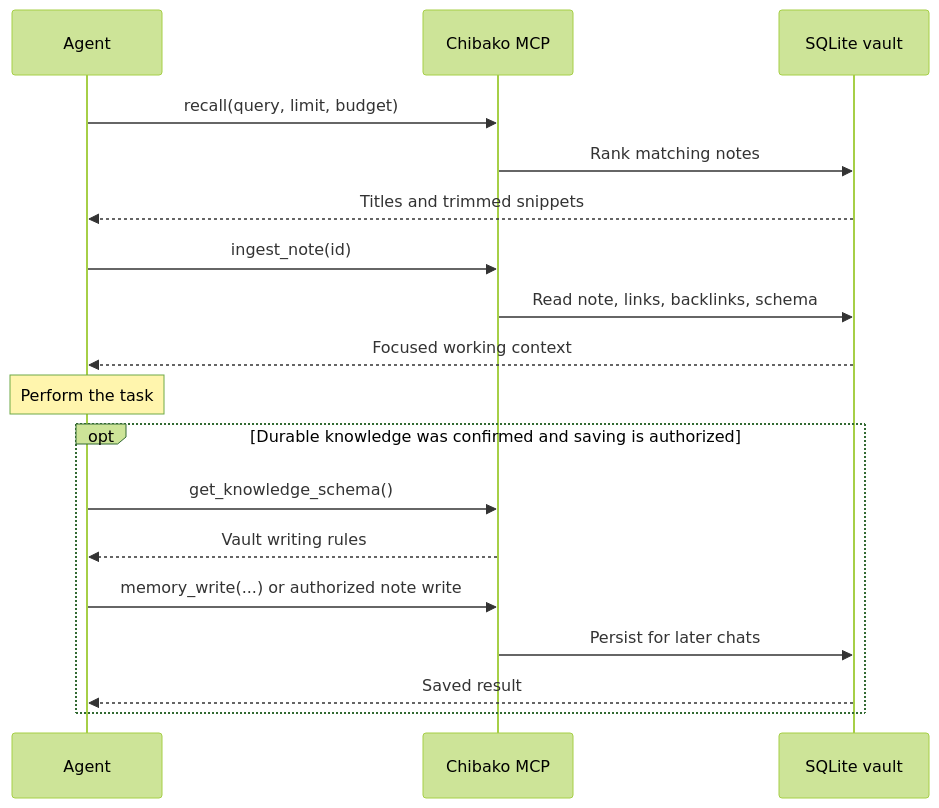
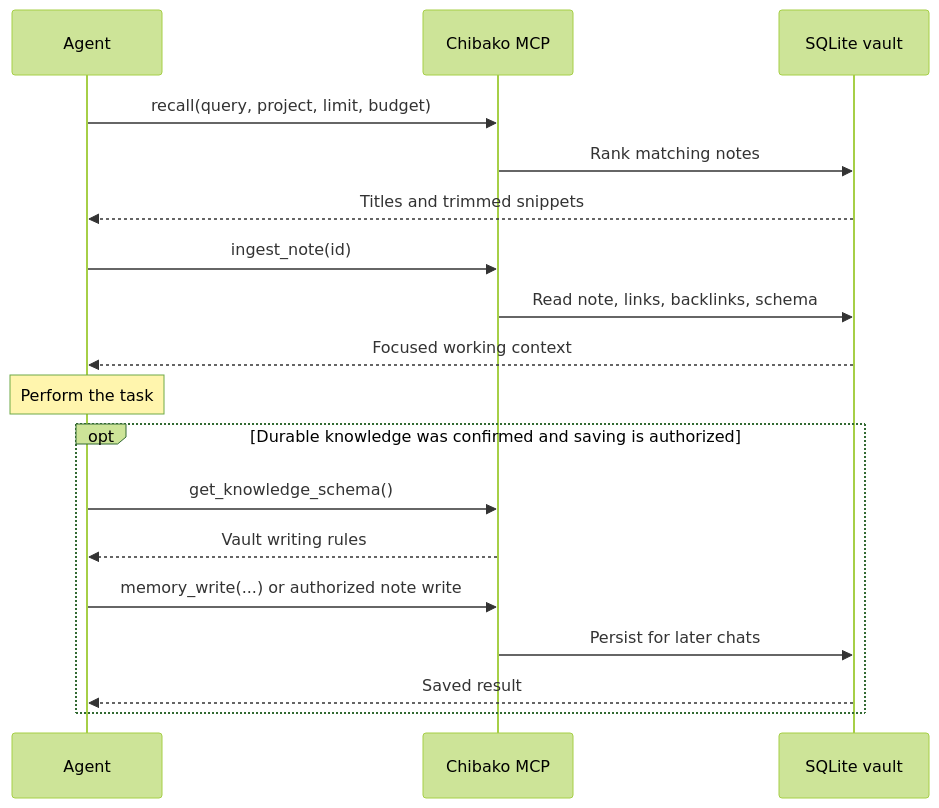
Before and after one commit to jccd-dev/Chibako: the second of 3 diagrams in docs/AGENT-MEMORY.md, drawn with Mermaid (forest theme). The commit also changed other lines of this file and 43 other files, not shown here.

````diff
--- a/docs/AGENT-MEMORY.md
+++ b/docs/AGENT-MEMORY.md
@@ -39,24 +39,24 @@
 ```mermaid
 sequenceDiagram
     participant Agent
     participant MCP as Chibako MCP
     participant DB as SQLite vault
 
-    Agent->>MCP: recall(query, limit, budget)
+    Agent->>MCP: recall(query, project, limit, budget)
     MCP->>DB: Rank matching notes
     DB-->>Agent: Titles and trimmed snippets
 
     Agent->>MCP: ingest_note(id)
     MCP->>DB: Read note, links, backlinks, schema
     DB-->>Agent: Focused working context
 
     Note over Agent: Perform the task
 
     opt Durable knowledge was confirmed and saving is authorized
         Agent->>MCP: get_knowledge_schema()
         MCP-->>Agent: Vault writing rules
         Agent->>MCP: memory_write(...) or authorized note write
         MCP->>DB: Persist for later chats
         DB-->>Agent: Saved result
     end
 ```
````
